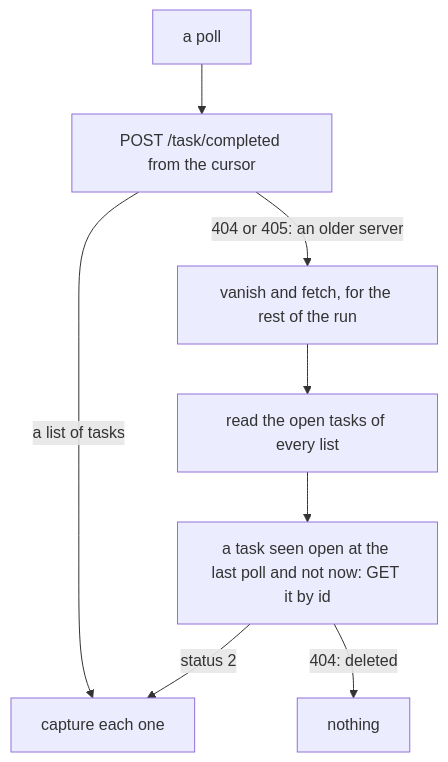
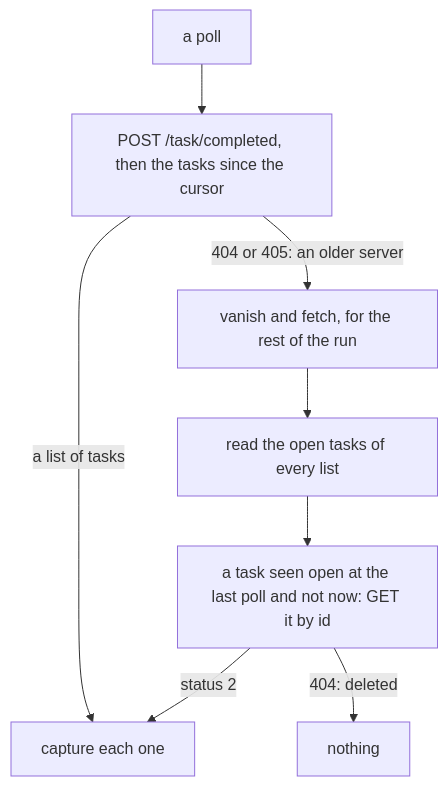
Before and after one commit to alexradunet/lifelogdb: the second of 2 diagrams in extensions/ticktick/README.md, drawn with Mermaid. The commit also changed other lines of this file and 4 other files, not shown here.

First line of the commit message:
plan 155: the completed-tasks call sends no filter; the connector keeps the tasks since its cursor

````diff
--- a/extensions/ticktick/README.md
+++ b/extensions/ticktick/README.md
@@ -97,10 +97,10 @@
 ```mermaid
 flowchart TD
-  P["a poll"] --> A["POST /task/completed from the cursor"]
+  P["a poll"] --> A["POST /task/completed, then the tasks since the cursor"]
   A -->|"a list of tasks"| W["capture each one"]
   A -->|"404 or 405: an older server"| V["vanish and fetch, for the rest of the run"]
   V --> S["read the open tasks of every list"]
   S --> G["a task seen open at the last poll and not now: GET it by id"]
   G -->|"status 2"| W
   G -->|"404: deleted"| N["nothing"]
 ```
````
